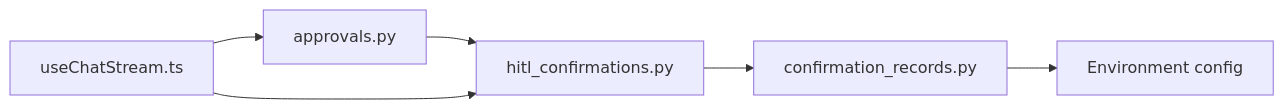
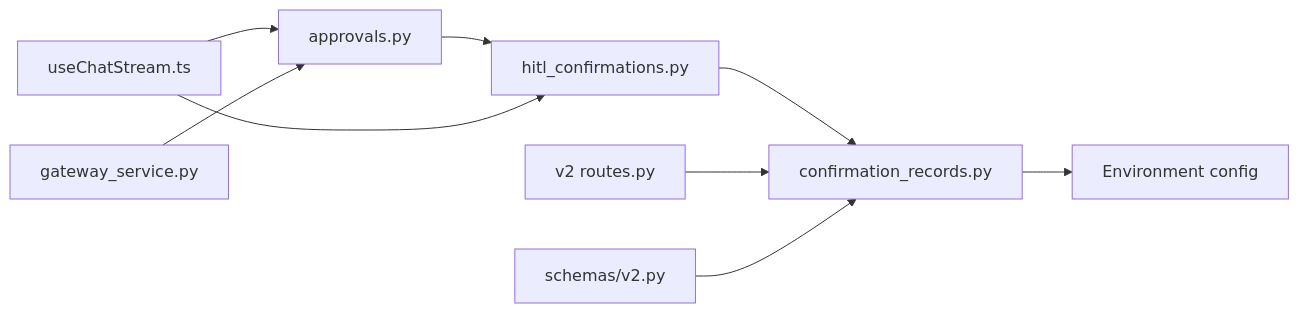
One commit to metasync/luban-aiops changed the seventh of 7 diagrams in .qoder/repowiki/en/content/Architecture Documentation/SPEC-031_ Approval Inbox and Persistent Confirmation Cards.md. Above: the diagram before and after it, drawn with Mermaid. The commit also changed other lines of this file and 36 other files, not shown here.

````diff
--- a/.qoder/repowiki/en/content/Architecture Documentation/SPEC-031_ Approval Inbox and Persistent Confirmation Cards.md
+++ b/.qoder/repowiki/en/content/Architecture Documentation/SPEC-031_ Approval Inbox and Persistent Confirmation Cards.md
@@ -247,8 +292,11 @@
 ```mermaid
 graph LR
 CR["confirmation_records.py"] --> ENV["Environment config"]
 HITL["hitl_confirmations.py"] --> CR
 APPR["approvals.py"] --> HITL
 STREAM["useChatStream.ts"] --> APPR
 STREAM --> HITL
+V2["v2 routes.py"] --> CR
+SCHEMA["schemas/v2.py"] --> CR
+GSVC["gateway_service.py"] --> APPR
 ```
````
